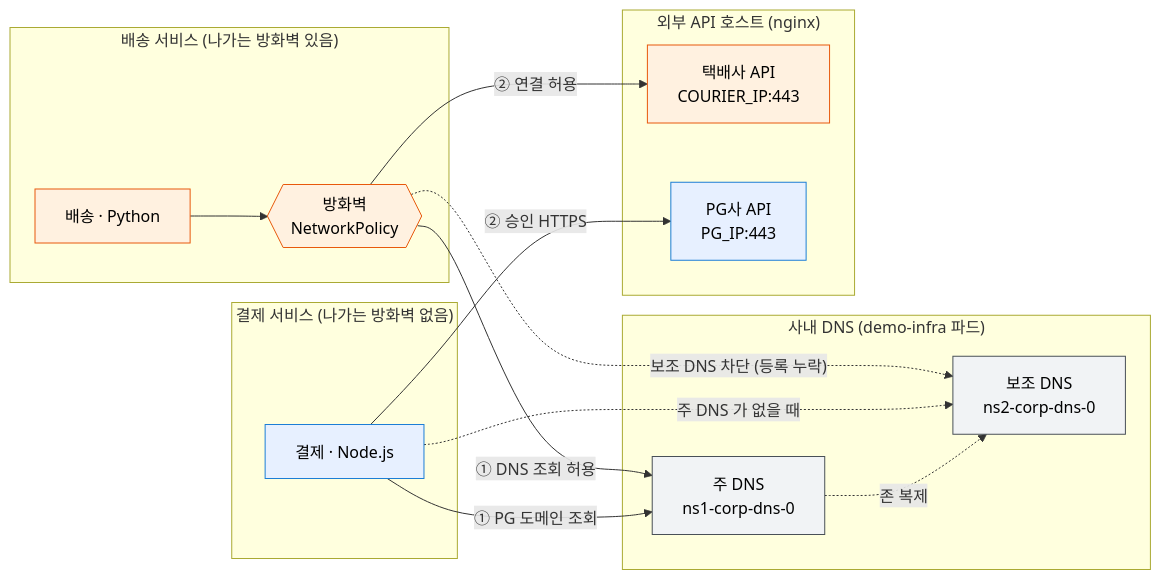
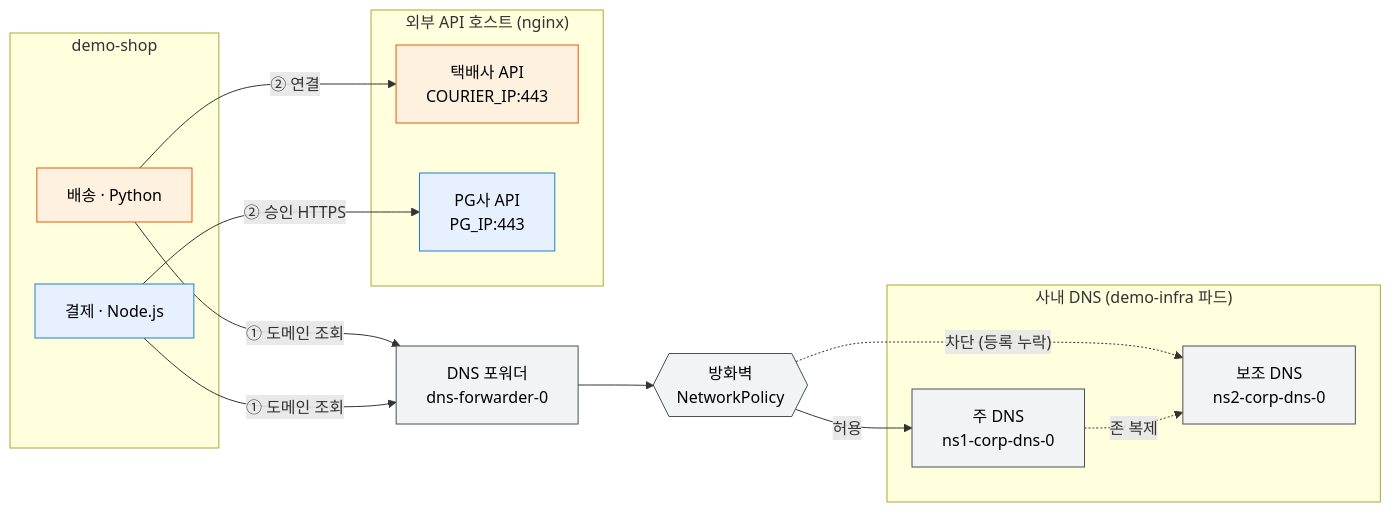
The second of 2 diagrams in README.md (beomzh/demo-ebpf-shop), drawn with Mermaid before and after one commit. The commit also changed other lines of this file and 11 other files, not shown here.

First line of the commit message:
DNS forwarder (CoreDNS) in front of corporate DNS: failed upstream IPs visible in its log

````diff
--- a/README.md
+++ b/README.md
@@ -102,38 +103,37 @@
 ```mermaid
 flowchart LR
-  subgraph K1["배송 서비스 (나가는 방화벽 있음)"]
+  subgraph APP["demo-shop"]
     DLV["배송 · Python"]
-    FW{{"방화벽<br/>NetworkPolicy"}}
+    PAY["결제 · Node.js"]
   end
 
-  subgraph K2["결제 서비스 (나가는 방화벽 없음)"]
-    PAY["결제 · Node.js"]
-  end
+  FWD["DNS 포워더<br/>dns-forwarder-0"]
+  FW{{"방화벽<br/>NetworkPolicy"}}
 
   subgraph C["사내 DNS (demo-infra 파드)"]
     D1["주 DNS<br/>ns1-corp-dns-0"]
     D2["보조 DNS<br/>ns2-corp-dns-0"]
   end
 
   subgraph N["외부 API 호스트 (nginx)"]
     CAPI["택배사 API<br/>COURIER_IP:443"]
     PGAPI["PG사 API<br/>PG_IP:443"]
   end
 
-  DLV --> FW
-  FW -->|"① DNS 조회 허용"| D1
-  FW -.->|"보조 DNS 차단 (등록 누락)"| D2
-  FW -->|"② 연결 허용"| CAPI
+  DLV -->|"① 도메인 조회"| FWD
+  PAY -->|"① 도메인 조회"| FWD
+  FWD --> FW
+  FW -->|"허용"| D1
+  FW -.->|"차단 (등록 누락)"| D2
+  D1 -.->|"존 복제"| D2
 
-  PAY -->|"① PG 도메인 조회"| D1
-  PAY -.->|"주 DNS 가 없을 때"| D2
-  D1 -.->|"존 복제"| D2
+  DLV -->|"② 연결"| CAPI
   PAY -->|"② 승인 HTTPS"| PGAPI
 
   classDef courier fill:#fff1e0,stroke:#e8590c,color:#000
   classDef pg fill:#e7f0ff,stroke:#1c7ed6,color:#000
   classDef dns fill:#f1f3f5,stroke:#495057,color:#000
-  class DLV,FW,CAPI courier
+  class DLV,CAPI courier
   class PAY,PGAPI pg
-  class D1,D2 dns
+  class FWD,FW,D1,D2 dns
 ```
````
